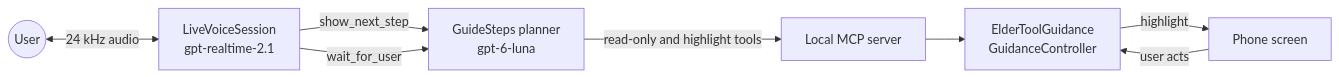
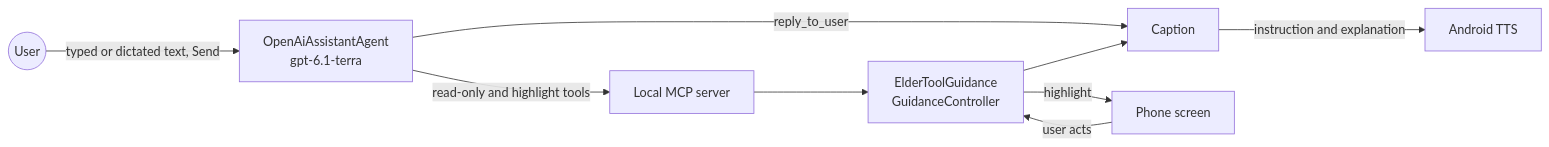
Before and after one commit to InThon-Team10/android-remote-control-mcp: the second of 7 diagrams in docs/ARCHITECTURE.md, drawn with Mermaid. The commit also changed other lines of this file and 7 other files, not shown here.

````diff
--- a/docs/ARCHITECTURE.md
+++ b/docs/ARCHITECTURE.md
@@ -92,10 +92,11 @@
 ```mermaid
 flowchart LR
-    User((User)) <-->|24 kHz audio| Voice[LiveVoiceSession<br/>gpt-realtime-2.1]
-    Voice -->|show_next_step| Guide[GuideSteps planner<br/>gpt-6-luna]
-    Voice -->|wait_for_user| Guide
-    Guide -->|read-only and highlight tools| MCP[Local MCP server]
+    User((User)) -->|typed or dictated text, Send| Agent[OpenAiAssistantAgent<br/>gpt-6.1-terra]
+    Agent -->|read-only and highlight tools| MCP[Local MCP server]
+    Agent -->|reply_to_user| Caption[Caption]
     MCP --> Guidance[ElderToolGuidance<br/>GuidanceController]
     Guidance -->|highlight| Screen[Phone screen]
     Screen -->|user acts| Guidance
+    Guidance --> Caption
+    Caption -->|instruction and explanation| TTS[Android TTS]
 ```
````
